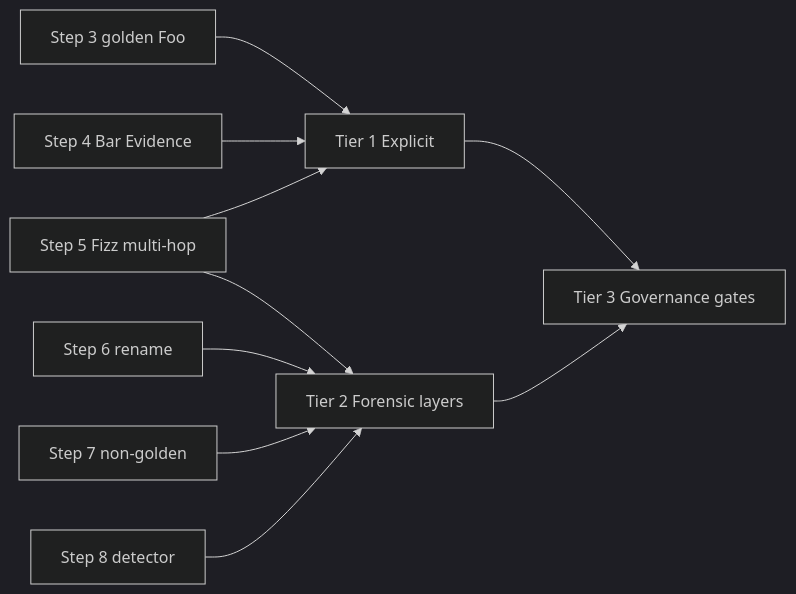
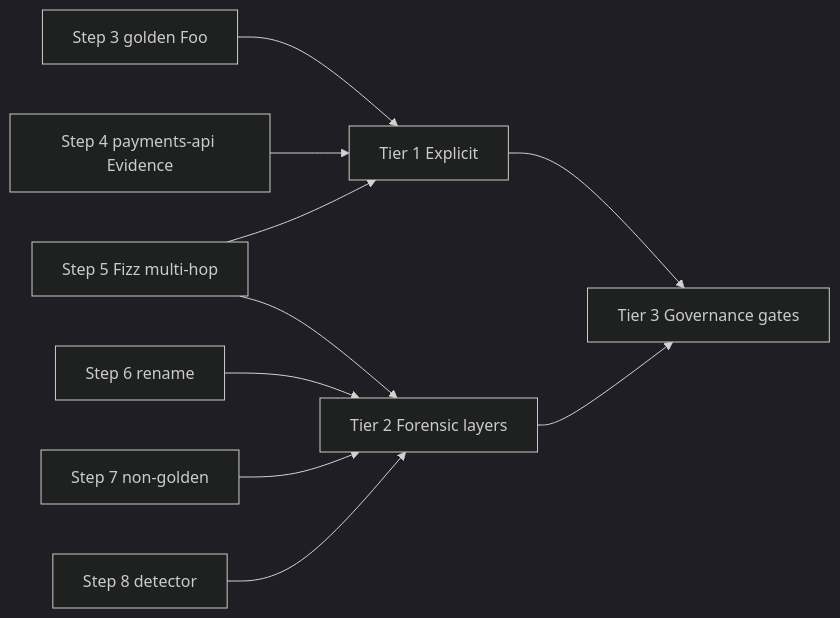
The diagram in FINDINGS.md (tomjfrog/acme-docker-lineage), drawn with Mermaid (dark theme) before and after one commit. The commit also changed other lines of this file and 26 other files, not shown here.

````diff
--- a/FINDINGS.md
+++ b/FINDINGS.md
@@ -221,12 +246,12 @@
 ```mermaid
 flowchart LR
   step3[Step 3 golden Foo] --> tier1[Tier 1 Explicit]
-  step4[Step 4 Bar Evidence] --> tier1
+  step4[Step 4 payments-api Evidence] --> tier1
   step5[Step 5 Fizz multi-hop] --> tier1
   step5 --> tier2[Tier 2 Forensic layers]
   step6[Step 6 rename] --> tier2
   step7[Step 7 non-golden] --> tier2
   step8[Step 8 detector] --> tier2
   tier1 --> tier3[Tier 3 Governance gates]
   tier2 --> tier3
 ```
````
